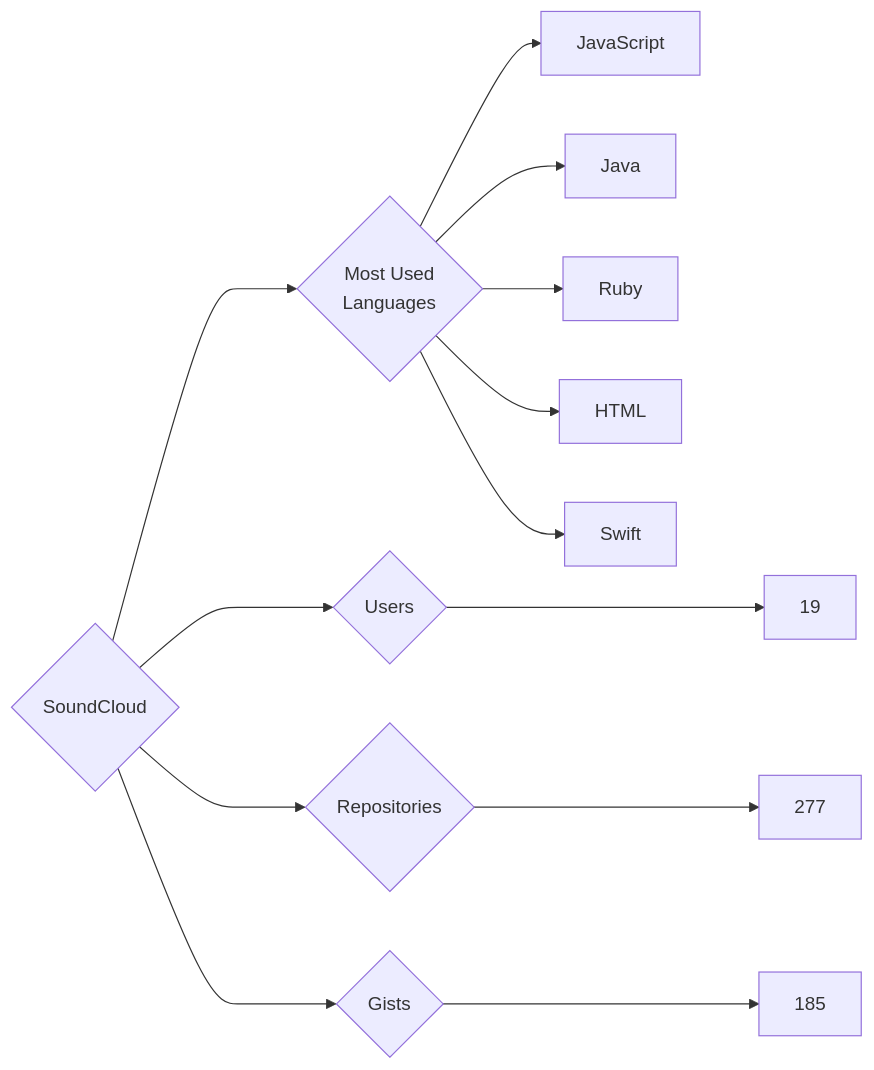
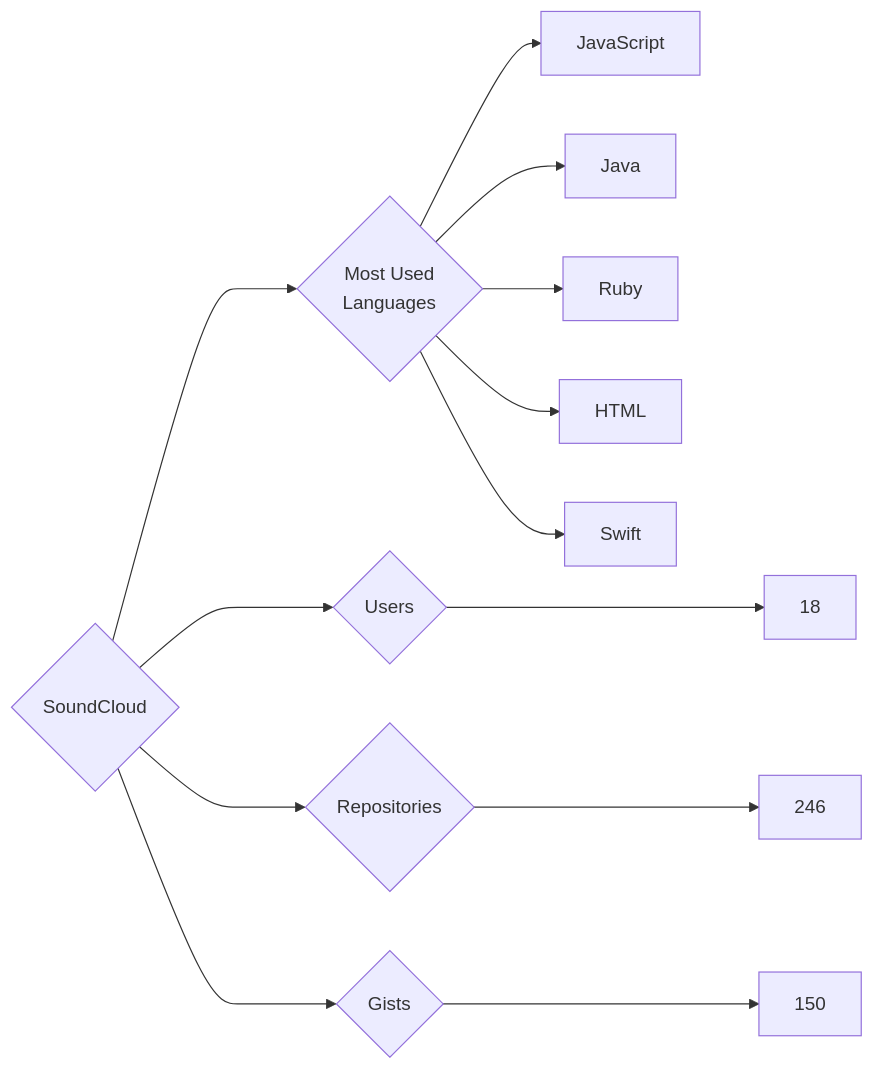
One commit to trickest/insiders changed the diagram in targets/SoundCloud/README.md. Above: the diagram before and after it, drawn with Mermaid. The commit also changed 965 other files, not shown here.

````diff
--- a/targets/SoundCloud/README.md
+++ b/targets/SoundCloud/README.md
@@ -3,13 +3,13 @@
 ```mermaid
 graph LR
 COMPANY_NAME{SoundCloud}
-COMPANY_NAME ---> U{Users} ---> UN[19]
-COMPANY_NAME ---> R{Repositories} ---> RN[277]
-COMPANY_NAME ---> G{Gists} ---> GN[185]
+COMPANY_NAME ---> U{Users} ---> UN[18]
+COMPANY_NAME ---> R{Repositories} ---> RN[246]
+COMPANY_NAME ---> G{Gists} ---> GN[150]
 COMPANY_NAME ---> ML{Most Used<br>Languages}
 ML --> JavaScript[JavaScript]
 ML --> Java[Java]
 ML --> Ruby[Ruby]
 ML --> HTML[HTML]
 ML --> Swift[Swift]
 ```
````
